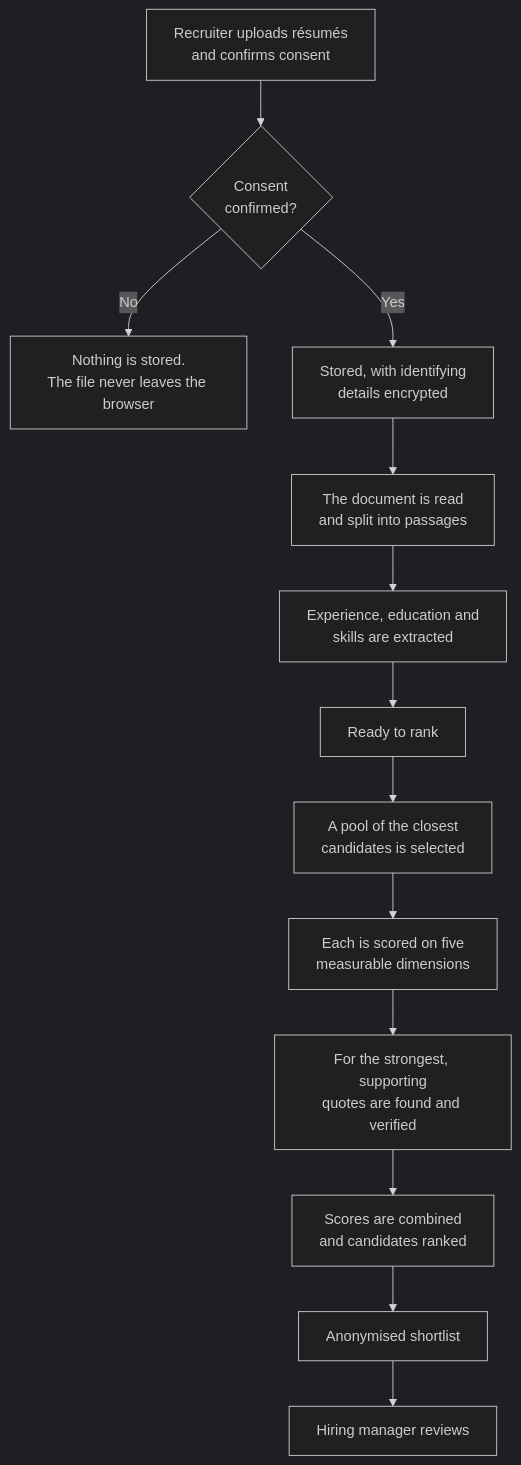
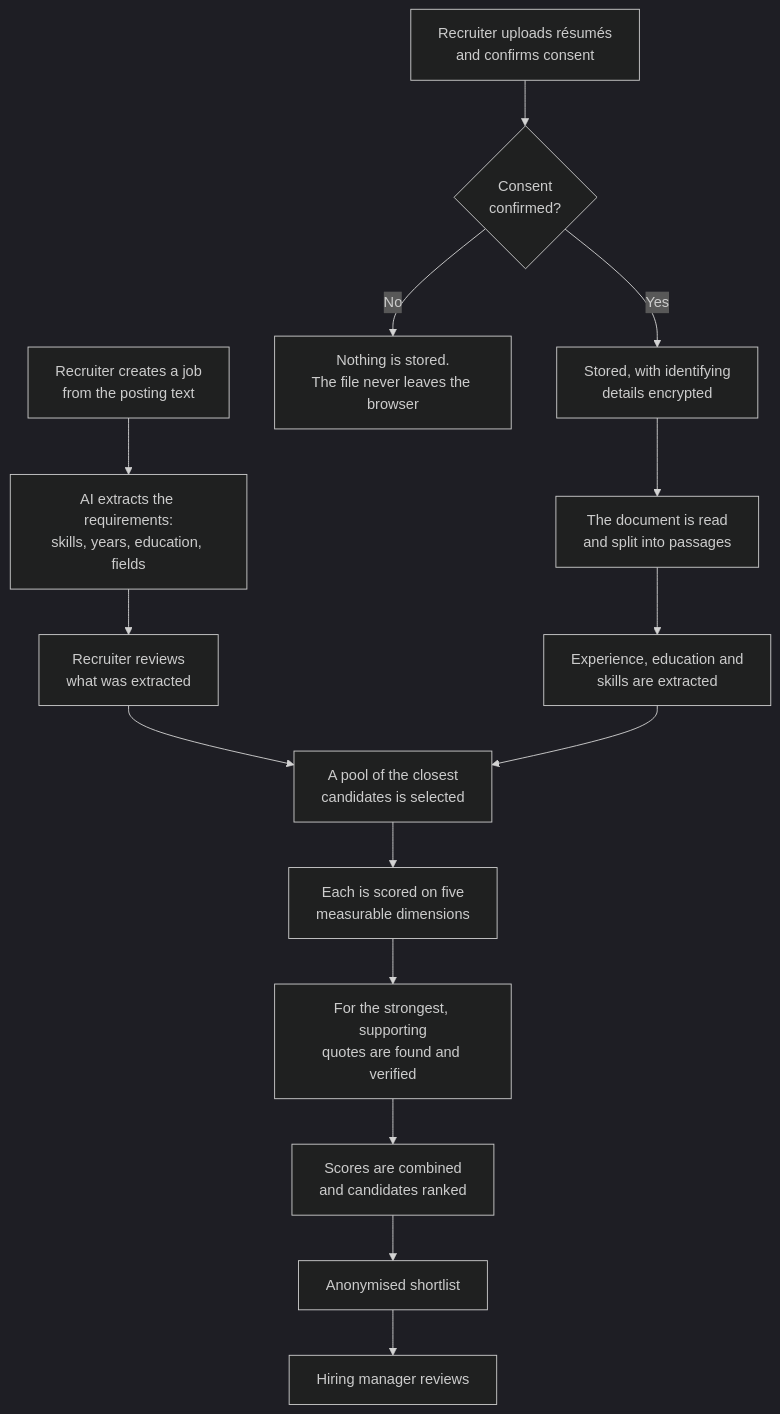
Before and after one commit to humanaxiom/recruiter-assistant: the first of 2 diagrams in docs/process/ranking-metrics-explainer.md, drawn with Mermaid (dark theme). The commit also changed other lines of this file and 1 other file, not shown here.

First line of the commit message:
docs: add the job side to the HR explainer — it covered only half the system

````diff
--- a/docs/process/ranking-metrics-explainer.md
+++ b/docs/process/ranking-metrics-explainer.md
@@ -26,15 +69,19 @@
 ```mermaid
 flowchart TD
+  JD["Recruiter creates a job<br/>from the posting text"] --> JX["AI extracts the requirements:<br/>skills, years, education, fields"]
+  JX --> JREV["Recruiter reviews<br/>what was extracted"]
+  JREV --> POOL
+
   U["Recruiter uploads résumés<br/>and confirms consent"] --> CG{"Consent<br/>confirmed?"}
   CG -->|No| STOP["Nothing is stored.<br/>The file never leaves the browser"]
   CG -->|Yes| ST["Stored, with identifying<br/>details encrypted"]
   ST --> P["The document is read<br/>and split into passages"]
   P --> LLM["Experience, education and<br/>skills are extracted"]
-  LLM --> RDY["Ready to rank"]
-  RDY --> S1["A pool of the closest<br/>candidates is selected"]
-  S1 --> S2["Each is scored on five<br/>measurable dimensions"]
+  LLM --> POOL["A pool of the closest<br/>candidates is selected"]
+
+  POOL --> S2["Each is scored on five<br/>measurable dimensions"]
   S2 --> S3["For the strongest, supporting<br/>quotes are found and verified"]
   S3 --> S4["Scores are combined<br/>and candidates ranked"]
   S4 --> SL["Anonymised shortlist"]
   SL --> HM["Hiring manager reviews"]
 ```
````
